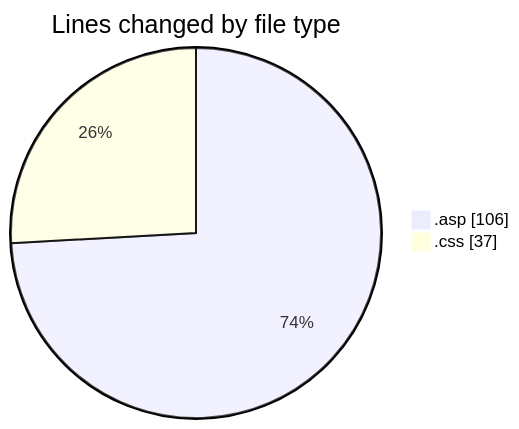
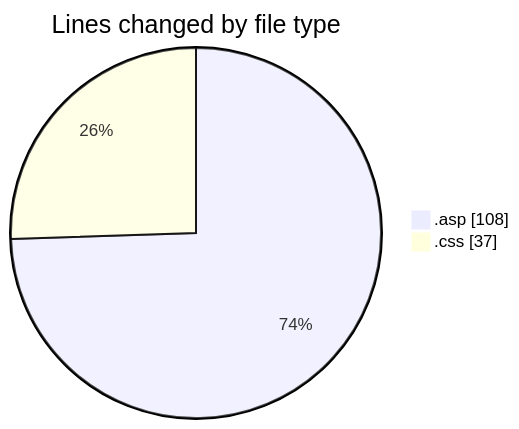
Before and after one commit to julien-gomy/code-tracking: the first of 2 diagrams in 2025-11-02/cdp_aleoudev_fr__workspace_/README.md, drawn with Mermaid. The commit also changed other lines of this file and 1 other file, not shown here.

````diff
--- a/2025-11-02/cdp_aleoudev_fr__workspace_/README.md
+++ b/2025-11-02/cdp_aleoudev_fr__workspace_/README.md
@@ -23,6 +23,6 @@
 ```mermaid
 pie showData
 title Lines changed by file type
-".asp" : 106
+".asp" : 108
 ".css" : 37
 ```
````
